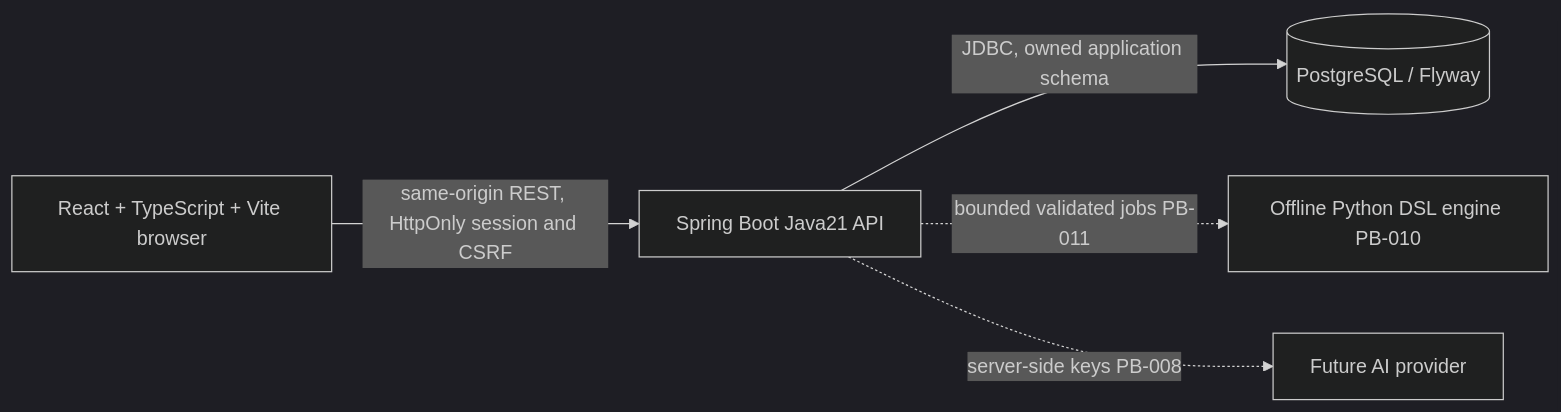
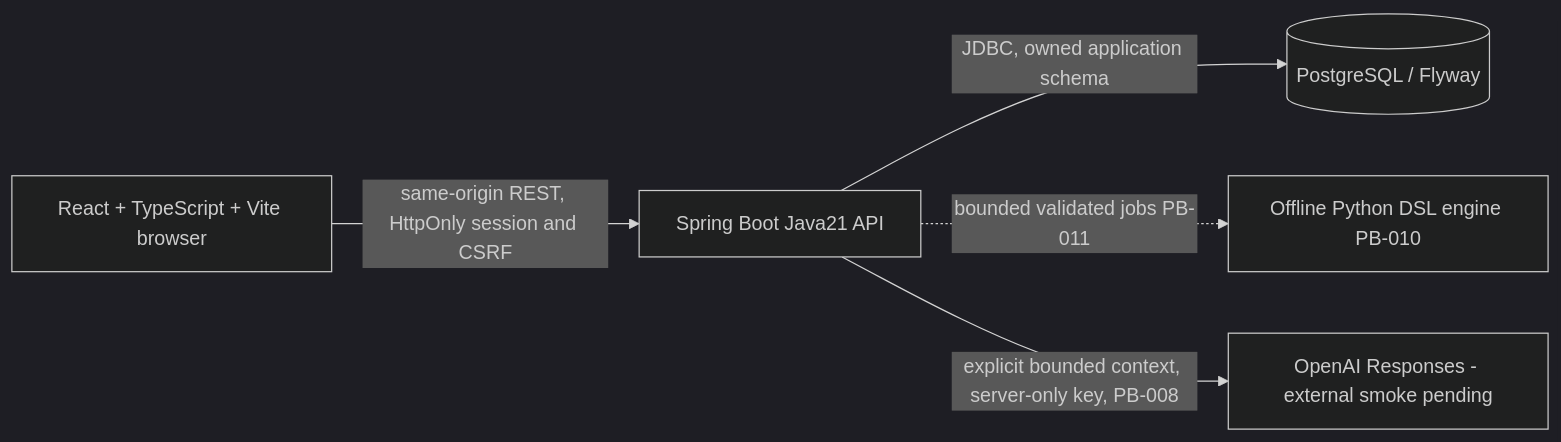
Before and after one commit to tranbaohoang10/AITrading: the first of 2 diagrams in docs/architecture.md, drawn with Mermaid (dark theme). The commit also changed other lines of this file and 37 other files, not shown here.

````diff
--- a/docs/architecture.md
+++ b/docs/architecture.md
@@ -13,12 +13,12 @@
 ```mermaid
 flowchart LR
   Browser[React + TypeScript + Vite browser]
   API[Spring Boot Java21 API]
   DB[(PostgreSQL / Flyway)]
   Python[Offline Python DSL engine PB-010]
-  Provider[Future AI provider]
+  Provider[OpenAI Responses - external smoke pending]
   Browser -->|same-origin REST, HttpOnly session and CSRF| API
   API -->|JDBC, owned application schema| DB
   API -. bounded validated jobs PB-011 .-> Python
-  API -. server-side keys PB-008 .-> Provider
+  API -->|explicit bounded context, server-only key, PB-008| Provider
 ```
````
